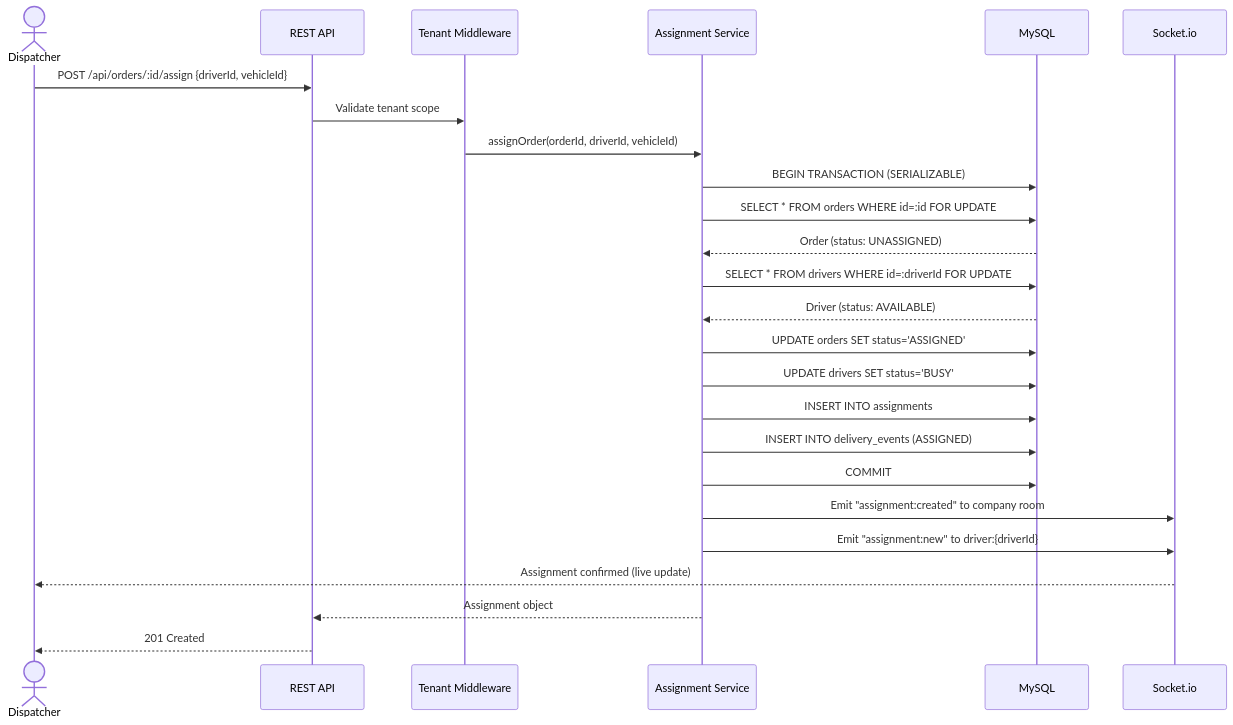
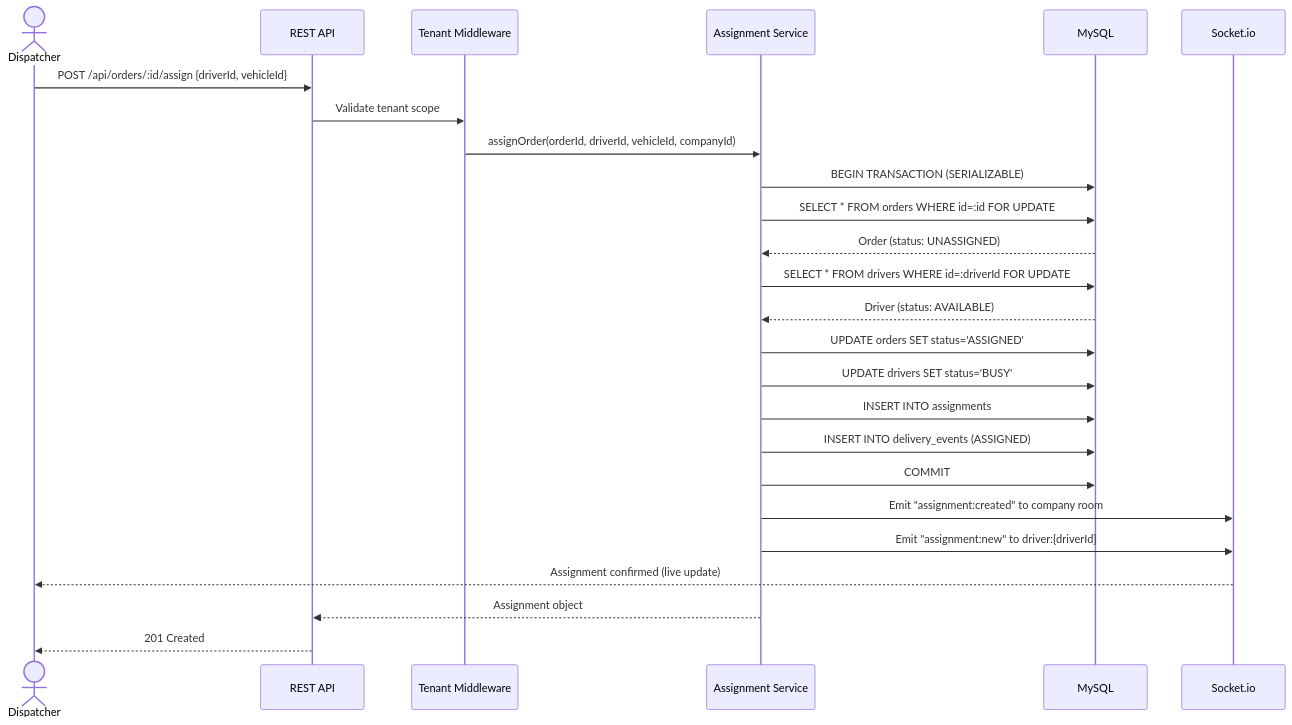
The seventh of 13 diagrams in docs/system_design.md (arsh342/dispatchCore), drawn with Mermaid before and after one commit. The commit also changed other lines of this file and 94 other files, not shown here.

````diff
--- a/docs/system_design.md
+++ b/docs/system_design.md
@@ -605,28 +550,28 @@
 ```mermaid
 sequenceDiagram
     actor D as Dispatcher
     participant API as REST API
     participant MW as Tenant Middleware
     participant AS as Assignment Service
     participant DB as MySQL
     participant WS as Socket.io
 
     D->>API: POST /api/orders/:id/assign {driverId, vehicleId}
     API->>MW: Validate tenant scope
-    MW->>AS: assignOrder(orderId, driverId, vehicleId)
+    MW->>AS: assignOrder(orderId, driverId, vehicleId, companyId)
     AS->>DB: BEGIN TRANSACTION (SERIALIZABLE)
     AS->>DB: SELECT * FROM orders WHERE id=:id FOR UPDATE
     DB-->>AS: Order (status: UNASSIGNED)
     AS->>DB: SELECT * FROM drivers WHERE id=:driverId FOR UPDATE
     DB-->>AS: Driver (status: AVAILABLE)
     AS->>DB: UPDATE orders SET status='ASSIGNED'
     AS->>DB: UPDATE drivers SET status='BUSY'
     AS->>DB: INSERT INTO assignments
     AS->>DB: INSERT INTO delivery_events (ASSIGNED)
     AS->>DB: COMMIT
     AS->>WS: Emit "assignment:created" to company room
     AS->>WS: Emit "assignment:new" to driver:{driverId}
     WS-->>D: Assignment confirmed (live update)
     AS-->>API: Assignment object
     API-->>D: 201 Created
 ```
````
